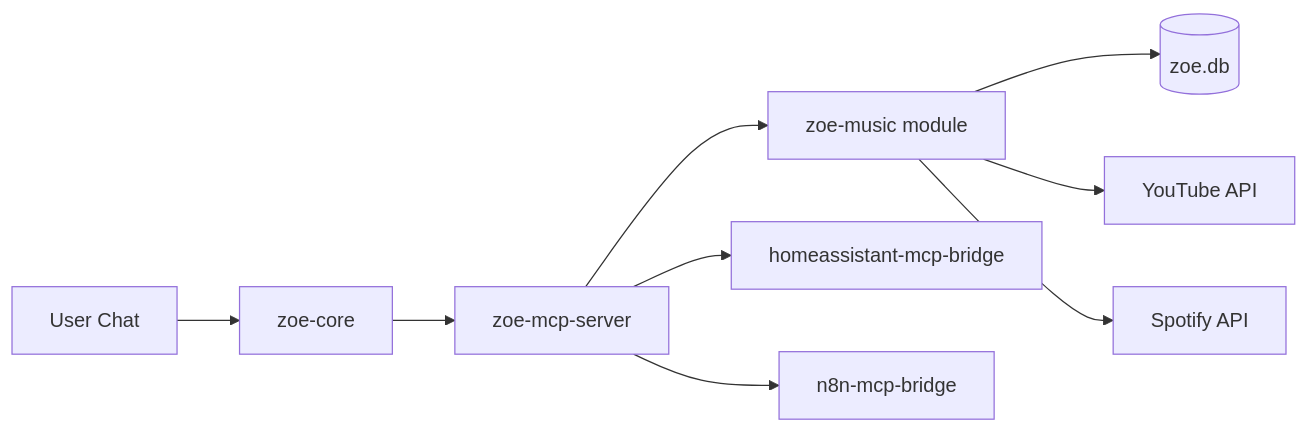
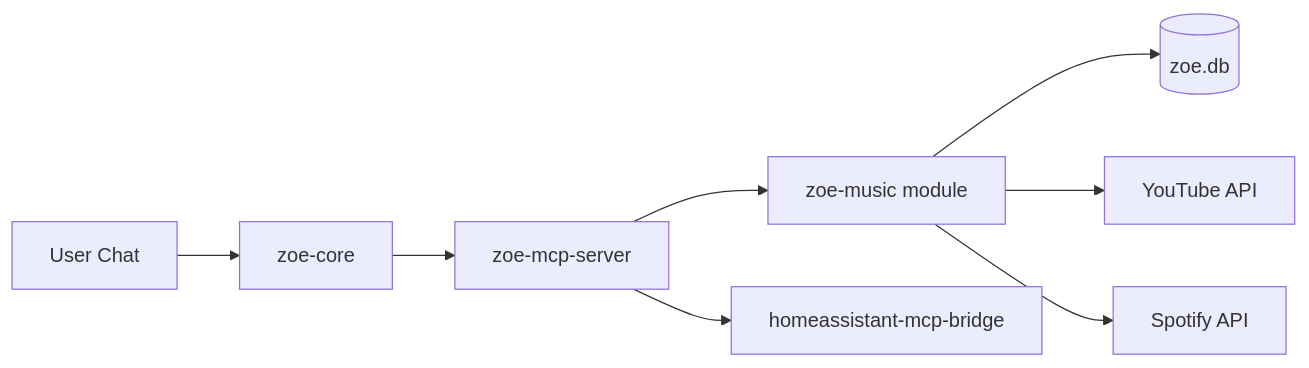
Before and after one commit to jason-easyazz/zoe-ai-assistant: the diagram in docs/modules/MODULE_SYSTEM_COMPLETE.md, drawn with Mermaid. The commit also changed 36 other files, not shown here.

First line of the commit message:
chore(cleanup): make "retired" mean removed — drop n8n bridge, archive copies; reconcile graphify docs

````diff
--- a/docs/modules/MODULE_SYSTEM_COMPLETE.md
+++ b/docs/modules/MODULE_SYSTEM_COMPLETE.md
@@ -138,12 +138,11 @@
 ```mermaid
 graph LR
     User[User Chat] --> Core[zoe-core]
     Core --> MCP[zoe-mcp-server]
     MCP --> Music[zoe-music module]
     Music --> DB[(zoe.db)]
     Music --> YouTube[YouTube API]
     Music --> Spotify[Spotify API]
     
     MCP --> HA[homeassistant-mcp-bridge]
-    MCP --> N8N[n8n-mcp-bridge]
 ```
````
